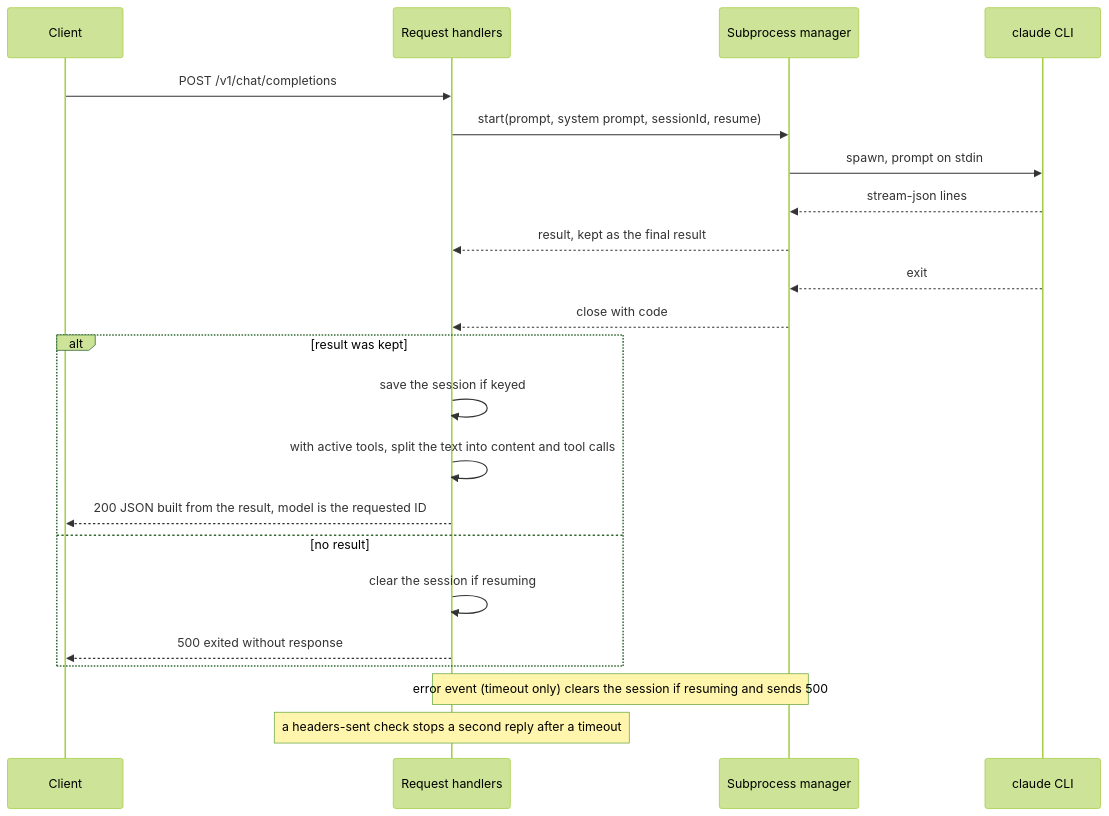
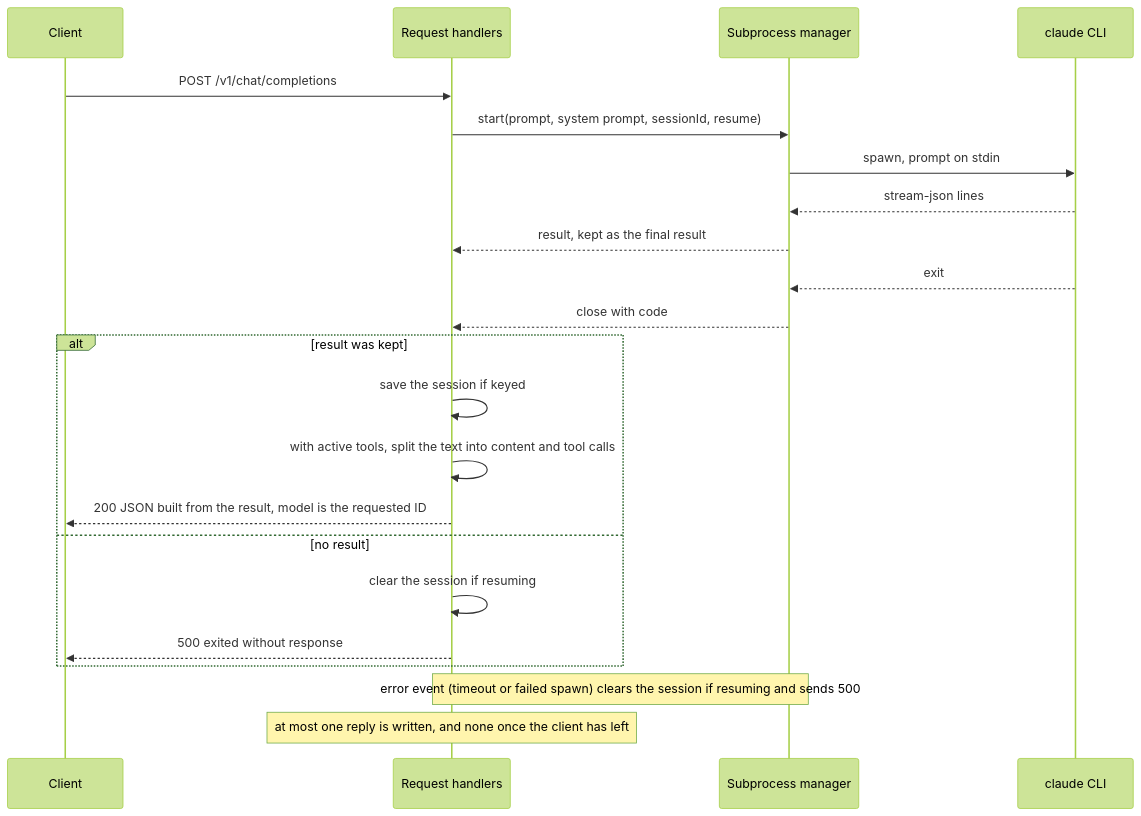
One commit to jameshskoh/claude-max-api-proxy changed the second of 4 diagrams in docs/WORKFLOW.md. Above: the diagram before and after it, drawn with Mermaid (forest theme). The commit also changed other lines of this file and 2 other files, not shown here.

````diff
--- a/docs/WORKFLOW.md
+++ b/docs/WORKFLOW.md
@@ -110,24 +110,24 @@
 ```mermaid
 sequenceDiagram
   participant C as Client
   participant R as Request handlers
   participant S as Subprocess manager
   participant CLI as claude CLI
   C->>R: POST /v1/chat/completions
   R->>S: start(prompt, system prompt, sessionId, resume)
   S->>CLI: spawn, prompt on stdin
   CLI-->>S: stream-json lines
   S-->>R: result, kept as the final result
   CLI-->>S: exit
   S-->>R: close with code
   alt result was kept
     R->>R: save the session if keyed
     R->>R: with active tools, split the text into content and tool calls
     R-->>C: 200 JSON built from the result, model is the requested ID
   else no result
     R->>R: clear the session if resuming
     R-->>C: 500 exited without response
   end
-  Note over S,R: error event (timeout only) clears the session if resuming and sends 500
-  Note over R: a headers-sent check stops a second reply after a timeout
+  Note over S,R: error event (timeout or failed spawn) clears the session if resuming and sends 500
+  Note over R: at most one reply is written, and none once the client has left
 ```
````
